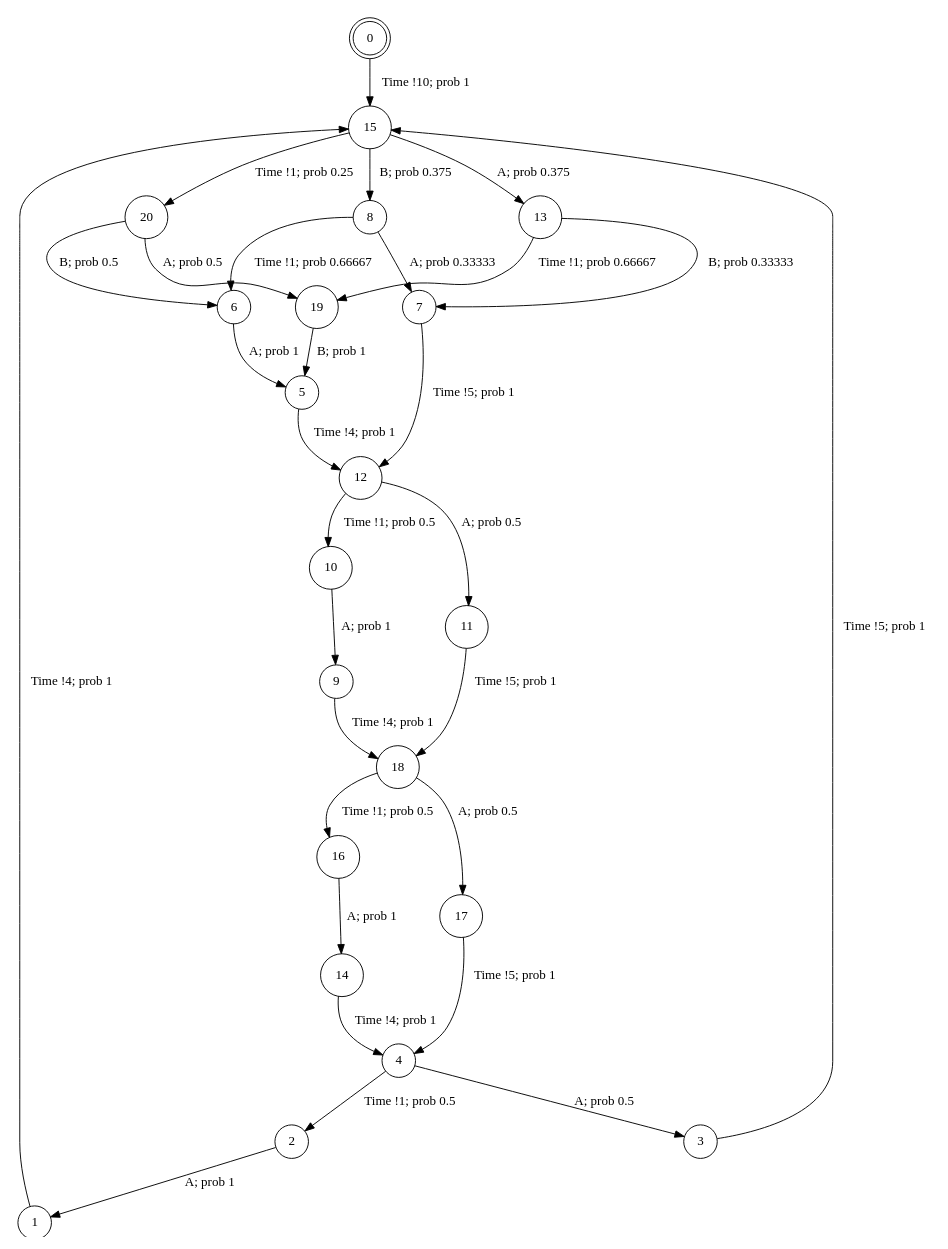
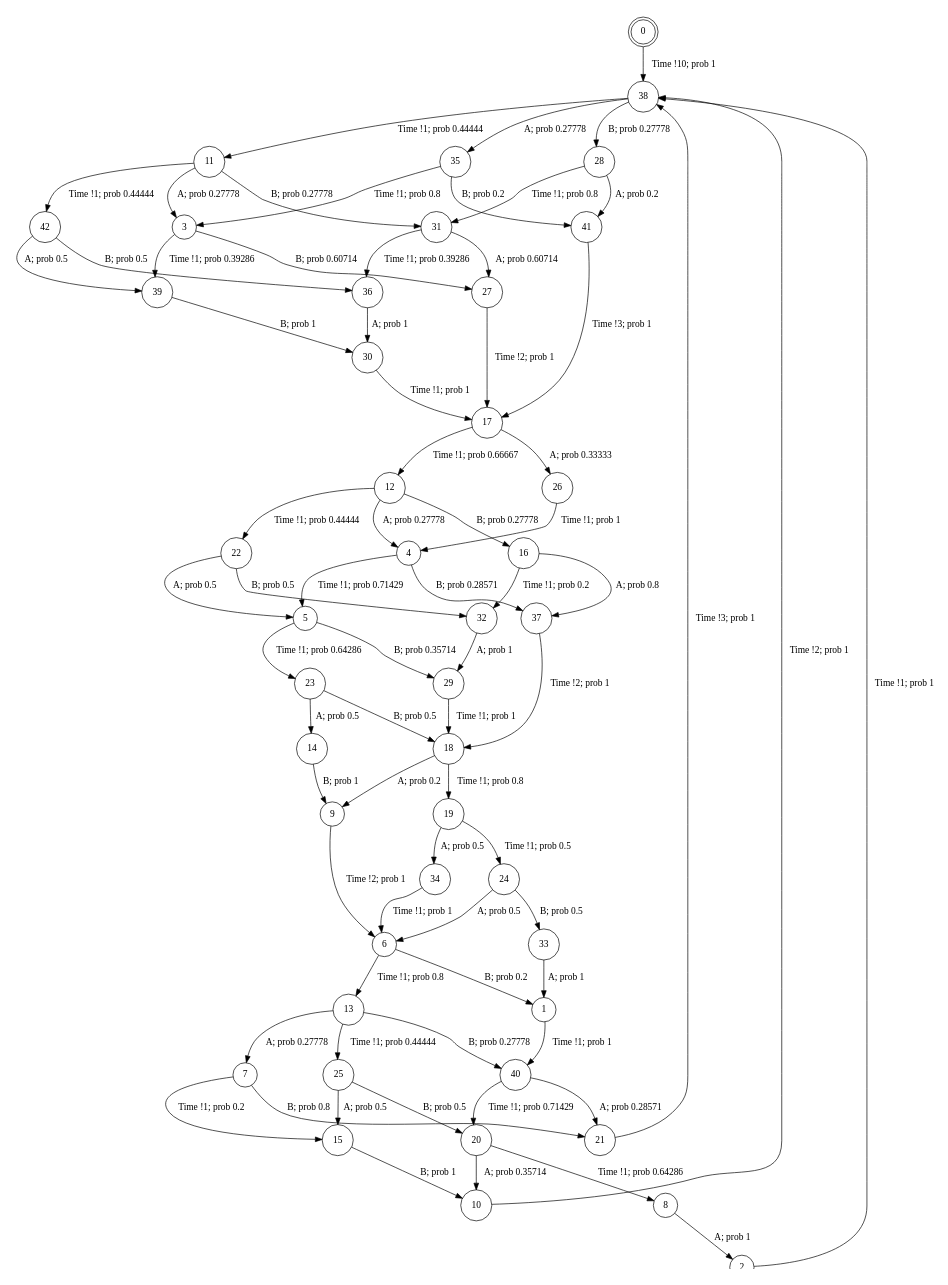
Before and after one commit to irmanfaqrizal/ptsv: the diagram in experiments/example/simple-min-pts.dot, drawn with Graphviz. The commit also changed 126 other files, not shown here.

```diff
--- a/experiments/example/simple-min-pts.dot
+++ b/experiments/example/simple-min-pts.dot
@@ -1,35 +1,76 @@
 digraph BCG {
 size = "7, 10.5";
 center = TRUE;
 node [shape = circle];
 0 [peripheries = 2];
-0 -> 15 [label = "Time !10; prob 1"];
-1 -> 15 [label = "Time !4; prob 1"];
-2 -> 1 [label = "A; prob 1"];
-3 -> 15 [label = "Time !5; prob 1"];
-4 -> 3 [label = "A; prob 0.5"];
-4 -> 2 [label = "Time !1; prob 0.5"];
-5 -> 12 [label = "Time !4; prob 1"];
-6 -> 5 [label = "A; prob 1"];
-7 -> 12 [label = "Time !5; prob 1"];
-8 -> 6 [label = "Time !1; prob 0.66667"];
-8 -> 7 [label = "A; prob 0.33333"];
-9 -> 18 [label = "Time !4; prob 1"];
-10 -> 9 [label = "A; prob 1"];
-11 -> 18 [label = "Time !5; prob 1"];
-12 -> 11 [label = "A; prob 0.5"];
-12 -> 10 [label = "Time !1; prob 0.5"];
-13 -> 7 [label = "B; prob 0.33333"];
-13 -> 19 [label = "Time !1; prob 0.66667"];
-14 -> 4 [label = "Time !4; prob 1"];
-15 -> 13 [label = "A; prob 0.375"];
-15 -> 8 [label = "B; prob 0.375"];
-15 -> 20 [label = "Time !1; prob 0.25"];
-16 -> 14 [label = "A; prob 1"];
-17 -> 4 [label = "Time !5; prob 1"];
-18 -> 17 [label = "A; prob 0.5"];
-18 -> 16 [label = "Time !1; prob 0.5"];
-19 -> 5 [label = "B; prob 1"];
-20 -> 6 [label = "B; prob 0.5"];
-20 -> 19 [label = "A; prob 0.5"];
+0 -> 38 [label = "Time !10; prob 1"];
+1 -> 40 [label = "Time !1; prob 1"];
+2 -> 38 [label = "Time !1; prob 1"];
+3 -> 39 [label = "Time !1; prob 0.39286"];
+3 -> 27 [label = "B; prob 0.60714"];
+4 -> 5 [label = "Time !1; prob 0.71429"];
+4 -> 37 [label = "B; prob 0.28571"];
+5 -> 23 [label = "Time !1; prob 0.64286"];
+5 -> 29 [label = "B; prob 0.35714"];
+6 -> 13 [label = "Time !1; prob 0.8"];
+6 -> 1 [label = "B; prob 0.2"];
+7 -> 15 [label = "Time !1; prob 0.2"];
+7 -> 21 [label = "B; prob 0.8"];
+8 -> 2 [label = "A; prob 1"];
+9 -> 6 [label = "Time !2; prob 1"];
+10 -> 38 [label = "Time !2; prob 1"];
+11 -> 31 [label = "B; prob 0.27778"];
+11 -> 42 [label = "Time !1; prob 0.44444"];
+11 -> 3 [label = "A; prob 0.27778"];
+12 -> 4 [label = "A; prob 0.27778"];
+12 -> 16 [label = "B; prob 0.27778"];
+12 -> 22 [label = "Time !1; prob 0.44444"];
+13 -> 7 [label = "A; prob 0.27778"];
+13 -> 25 [label = "Time !1; prob 0.44444"];
+13 -> 40 [label = "B; prob 0.27778"];
+14 -> 9 [label = "B; prob 1"];
+15 -> 10 [label = "B; prob 1"];
+16 -> 32 [label = "Time !1; prob 0.2"];
+16 -> 37 [label = "A; prob 0.8"];
+17 -> 26 [label = "A; prob 0.33333"];
+17 -> 12 [label = "Time !1; prob 0.66667"];
+18 -> 9 [label = "A; prob 0.2"];
+18 -> 19 [label = "Time !1; prob 0.8"];
+19 -> 34 [label = "A; prob 0.5"];
+19 -> 24 [label = "Time !1; prob 0.5"];
+20 -> 8 [label = "Time !1; prob 0.64286"];
+20 -> 10 [label = "A; prob 0.35714"];
+21 -> 38 [label = "Time !3; prob 1"];
+22 -> 5 [label = "A; prob 0.5"];
+22 -> 32 [label = "B; prob 0.5"];
+23 -> 14 [label = "A; prob 0.5"];
+23 -> 18 [label = "B; prob 0.5"];
+24 -> 6 [label = "A; prob 0.5"];
+24 -> 33 [label = "B; prob 0.5"];
+25 -> 15 [label = "A; prob 0.5"];
+25 -> 20 [label = "B; prob 0.5"];
+26 -> 4 [label = "Time !1; prob 1"];
+27 -> 17 [label = "Time !2; prob 1"];
+28 -> 31 [label = "Time !1; prob 0.8"];
+28 -> 41 [label = "A; prob 0.2"];
+29 -> 18 [label = "Time !1; prob 1"];
+30 -> 17 [label = "Time !1; prob 1"];
+31 -> 27 [label = "A; prob 0.60714"];
+31 -> 36 [label = "Time !1; prob 0.39286"];
+32 -> 29 [label = "A; prob 1"];
+33 -> 1 [label = "A; prob 1"];
+34 -> 6 [label = "Time !1; prob 1"];
+35 -> 41 [label = "B; prob 0.2"];
+35 -> 3 [label = "Time !1; prob 0.8"];
+36 -> 30 [label = "A; prob 1"];
+37 -> 18 [label = "Time !2; prob 1"];
+38 -> 35 [label = "A; prob 0.27778"];
+38 -> 28 [label = "B; prob 0.27778"];
+38 -> 11 [label = "Time !1; prob 0.44444"];
+39 -> 30 [label = "B; prob 1"];
+40 -> 21 [label = "A; prob 0.28571"];
+40 -> 20 [label = "Time !1; prob 0.71429"];
+41 -> 17 [label = "Time !3; prob 1"];
+42 -> 36 [label = "B; prob 0.5"];
+42 -> 39 [label = "A; prob 0.5"];
 }
```
